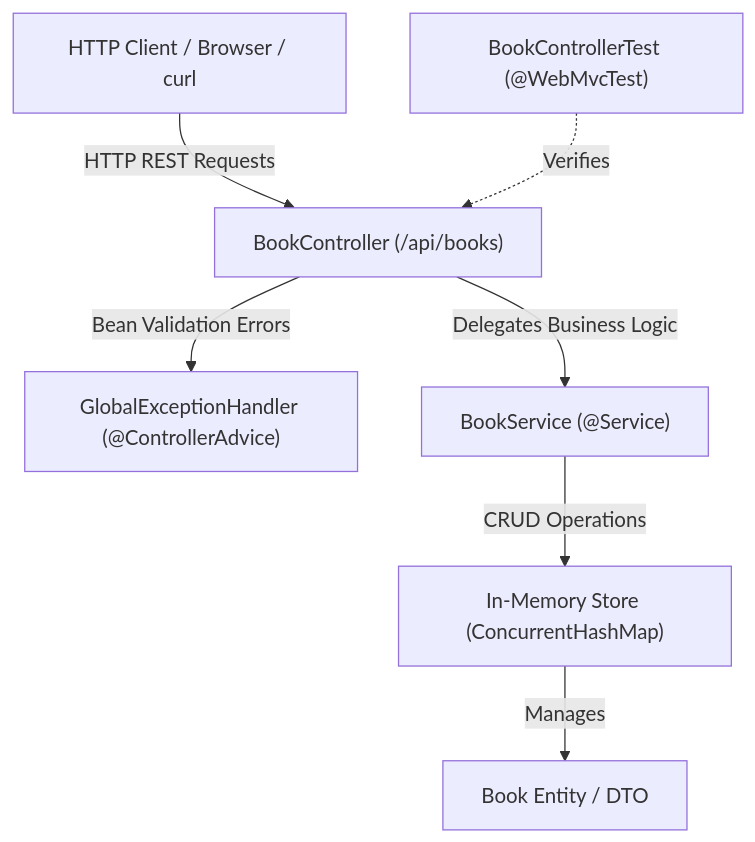
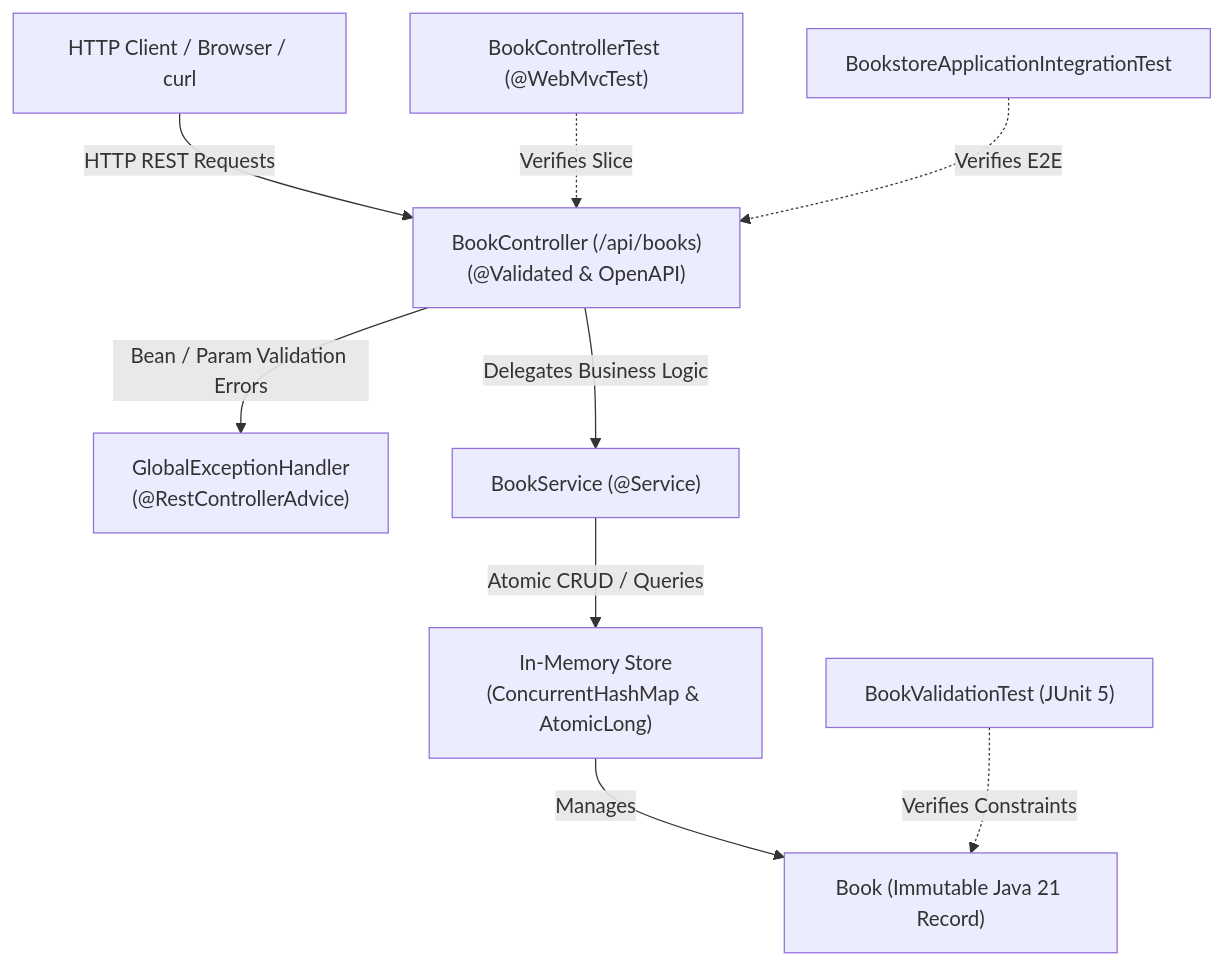
The diagram in exercises/java/bookstore-api/ARCHITECTURE.md (kousen/antigravity-training), drawn with Mermaid before and after one commit. The commit also changed other lines of this file and 10 other files, not shown here.

First line of the commit message:
Harden security, implement Java 21 record model, and expand test suite to 56 tests

````diff
--- a/exercises/java/bookstore-api/ARCHITECTURE.md
+++ b/exercises/java/bookstore-api/ARCHITECTURE.md
@@ -7,9 +7,11 @@
 ```mermaid
 graph TD
-    Client["HTTP Client / Browser / curl"] -->|HTTP REST Requests| Controller["BookController (/api/books)"]
-    Controller -->|Bean Validation Errors| Handler["GlobalExceptionHandler (@ControllerAdvice)"]
+    Client["HTTP Client / Browser / curl"] -->|HTTP REST Requests| Controller["BookController (/api/books)\n(@Validated & OpenAPI)"]
+    Controller -->|Bean / Param Validation Errors| Handler["GlobalExceptionHandler\n(@RestControllerAdvice)"]
     Controller -->|Delegates Business Logic| Service["BookService (@Service)"]
-    Service -->|CRUD Operations| Store["In-Memory Store (ConcurrentHashMap)"]
-    Store -->|Manages| Model["Book Entity / DTO"]
-    Tests["BookControllerTest (@WebMvcTest)"] -.->|Verifies| Controller
+    Service -->|Atomic CRUD / Queries| Store["In-Memory Store\n(ConcurrentHashMap & AtomicLong)"]
+    Store -->|Manages| Model["Book (Immutable Java 21 Record)"]
+    ControllerTest["BookControllerTest (@WebMvcTest)"] -.->|Verifies Slice| Controller
+    ValidationTest["BookValidationTest (JUnit 5)"] -.->|Verifies Constraints| Model
+    IntegrationTest["BookstoreApplicationIntegrationTest"] -.->|Verifies E2E| Controller
 ```
````
